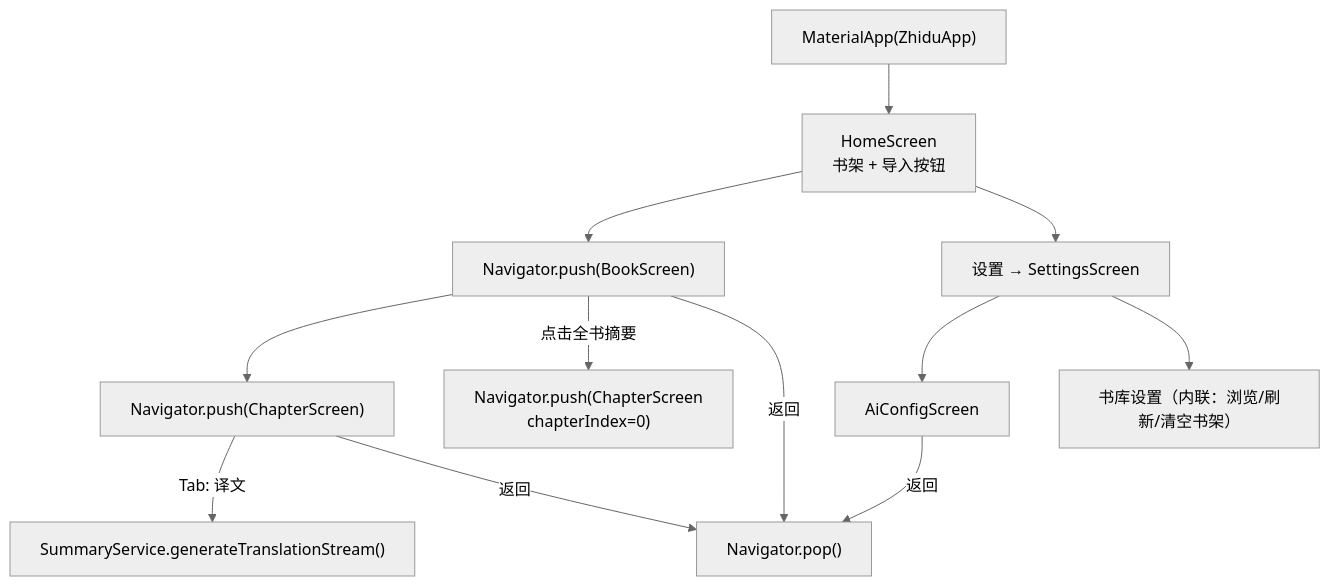
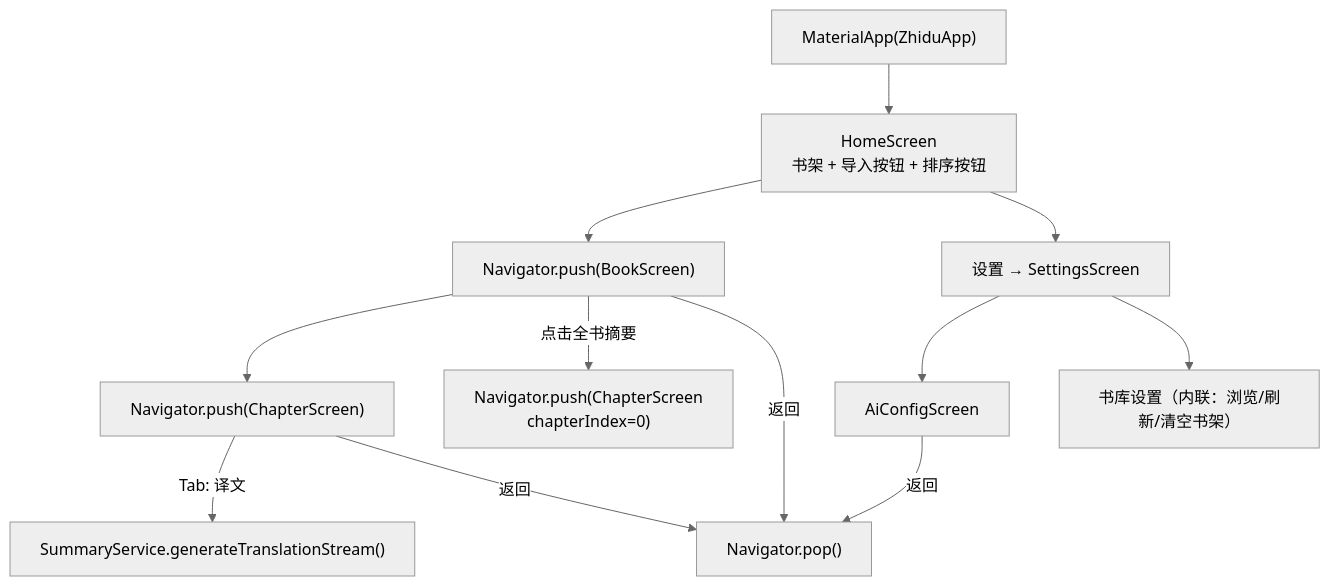
One commit to jjzhang2000/zhidu changed the ninth of 11 diagrams in docs/function_call_relationships_visual.md. Above: the diagram before and after it, drawn with Mermaid (neutral theme). The commit also changed other lines of this file and 12 other files, not shown here.

````diff
--- a/docs/function_call_relationships_visual.md
+++ b/docs/function_call_relationships_visual.md
@@ -436,19 +437,19 @@
 ```mermaid
 flowchart TD
-    APP["MaterialApp(ZhiduApp)"] --> HS["HomeScreen<br/>书架 + 导入按钮"]
+    APP["MaterialApp(ZhiduApp)"] --> HS["HomeScreen<br/>书架 + 导入按钮 + 排序按钮"]
 
     HS --> BS_NAV["Navigator.push(BookScreen)"]
     HS --> SET["设置 → SettingsScreen"]
 
     SET --> AIC["AiConfigScreen"]
     SET --> LIB["书库设置（内联：浏览/刷新/清空书架）"]
 
     BS_NAV --> CS_NAV["Navigator.push(ChapterScreen)"]
     BS_NAV --> |"点击全书摘要"| CS_FIRST["Navigator.push(ChapterScreen<br/>chapterIndex=0)"]
 
     CS_NAV --> |"Tab: 译文"| TRANS["SummaryService.generateTranslationStream()"]
 
     CS_NAV --> |"返回"| POP["Navigator.pop()"]
     BS_NAV --> |"返回"| POP
     AIC --> |"返回"| POP
 ```
````
